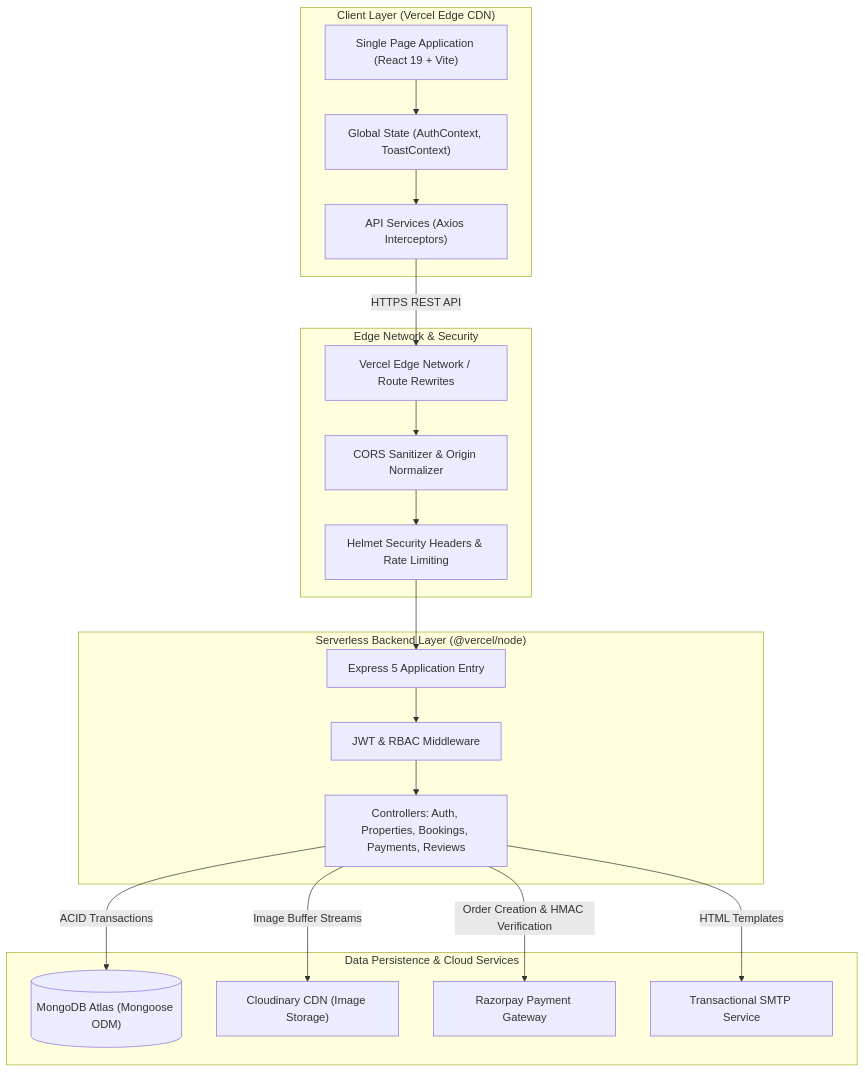
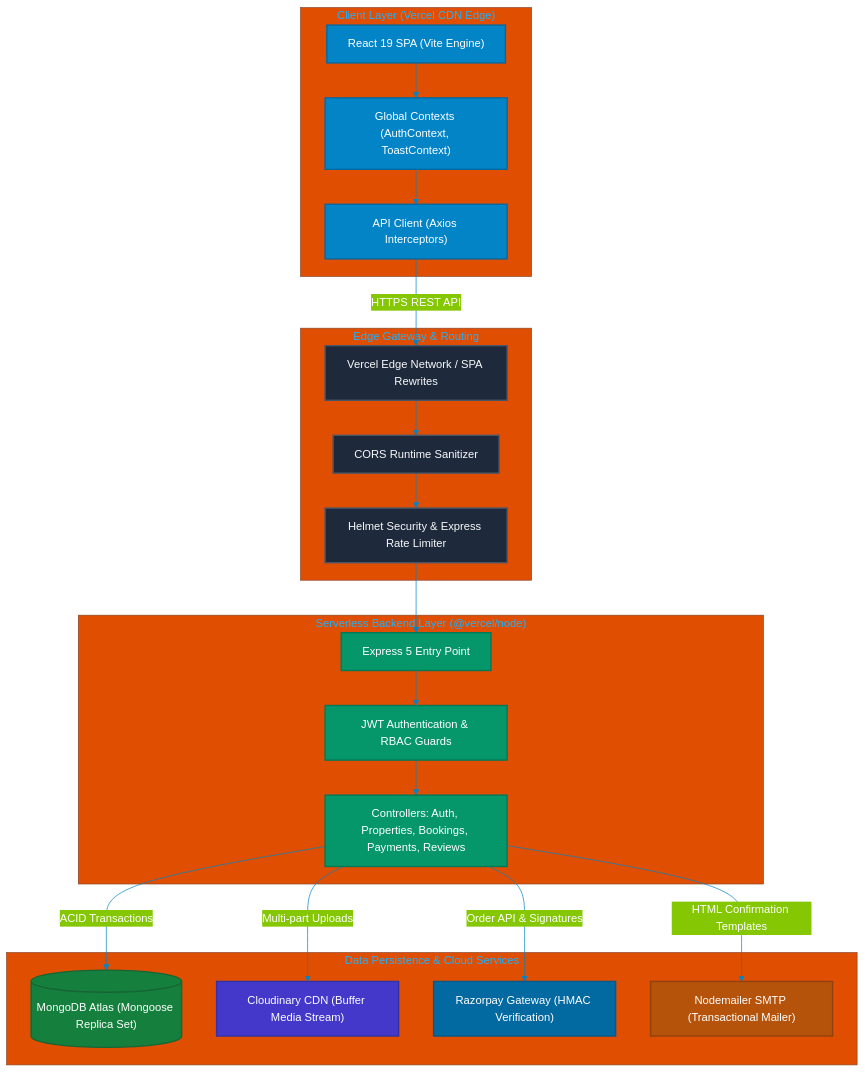
The first of 6 diagrams in README.md (m4nish-dev/homely), drawn with Mermaid before and after one commit. The commit also changed other lines of this file, not shown here.

Commit message:
docs: center-align header, add custom vibrant colors to Mermaid diagrams, and remove AI emojis

````diff
--- a/README.md
+++ b/README.md
@@ -49,38 +63,47 @@
 ```mermaid
+%%{init: {'theme': 'base', 'themeVariables': {'primaryColor': '#0284c7', 'primaryTextColor': '#ffffff', 'primaryBorderColor': '#0369a1', 'lineColor': '#0284c7'}}}%%
 flowchart TB
-    subgraph ClientLayer ["Client Layer (Vercel Edge CDN)"]
-        A["Single Page Application (React 19 + Vite)"]
-        B["Global State (AuthContext, ToastContext)"]
-        C["API Services (Axios Interceptors)"]
-        A --> B
-        B --> C
+    classDef clientNode fill:#0284c7,stroke:#0369a1,stroke-width:2px,color:#ffffff;
+    classDef edgeNode fill:#1e293b,stroke:#475569,stroke-width:2px,color:#f8fafc;
+    classDef serverNode fill:#059669,stroke:#047857,stroke-width:2px,color:#ffffff;
+    classDef dbNode fill:#15803d,stroke:#166534,stroke-width:2px,color:#ffffff;
+    classDef cloudNode fill:#4338ca,stroke:#3730a3,stroke-width:2px,color:#ffffff;
+    classDef payNode fill:#0369a1,stroke:#075985,stroke-width:2px,color:#ffffff;
+    classDef mailNode fill:#b45309,stroke:#92400e,stroke-width:2px,color:#ffffff;
+
+    subgraph ClientLayer ["Client Layer (Vercel CDN Edge)"]
+        SPA["React 19 SPA (Vite Engine)"]:::clientNode
+        State["Global Contexts (AuthContext, ToastContext)"]:::clientNode
+        Services["API Client (Axios Interceptors)"]:::clientNode
+        SPA --> State
+        State --> Services
     end
 
-    subgraph Gateway ["Edge Network & Security"]
-        DNS["Vercel Edge Network / Route Rewrites"]
-        CORS["CORS Sanitizer & Origin Normalizer"]
-        Helmet["Helmet Security Headers & Rate Limiting"]
-        DNS --> CORS --> Helmet
+    subgraph GatewayLayer ["Edge Gateway & Routing"]
+        Edge["Vercel Edge Network / SPA Rewrites"]:::edgeNode
+        Sanitizer["CORS Runtime Sanitizer"]:::edgeNode
+        Security["Helmet Security & Express Rate Limiter"]:::edgeNode
+        Edge --> Sanitizer --> Security
     end
 
     subgraph ServerLayer ["Serverless Backend Layer (@vercel/node)"]
-        API["Express 5 Application Entry"]
-        AuthMid["JWT & RBAC Middleware"]
-        Controllers["Controllers: Auth, Properties, Bookings, Payments, Reviews"]
-        API --> AuthMid --> Controllers
+        App["Express 5 Entry Point"]:::serverNode
+        Middlewares["JWT Authentication & RBAC Guards"]:::serverNode
+        Controllers["Controllers: Auth, Properties, Bookings, Payments, Reviews"]:::serverNode
+        App --> Middlewares --> Controllers
     end
 
-    subgraph DataAndCloud ["Data Persistence & Cloud Services"]
-        DB[("MongoDB Atlas (Mongoose ODM)")]
-        Cloudinary["Cloudinary CDN (Image Storage)"]
-        Razorpay["Razorpay Payment Gateway"]
-        SMTP["Transactional SMTP Service"]
+    subgraph InfrastructureLayer ["Data Persistence & Cloud Services"]
+        Atlas[("MongoDB Atlas (Mongoose Replica Set)")]:::dbNode
+        Cloudinary["Cloudinary CDN (Buffer Media Stream)"]:::cloudNode
+        Razorpay["Razorpay Gateway (HMAC Verification)"]:::payNode
+        SMTP["Nodemailer SMTP (Transactional Mailer)"]:::mailNode
     end
 
-    C -->|"HTTPS REST API"| DNS
-    Helmet --> API
-    Controllers -->|"ACID Transactions"| DB
-    Controllers -->|"Image Buffer Streams"| Cloudinary
-    Controllers -->|"Order Creation & HMAC Verification"| Razorpay
-    Controllers -->|"HTML Templates"| SMTP
+    Services -->|"HTTPS REST API"| Edge
+    Security --> App
+    Controllers -->|"ACID Transactions"| Atlas
+    Controllers -->|"Multi-part Uploads"| Cloudinary
+    Controllers -->|"Order API & Signatures"| Razorpay
+    Controllers -->|"HTML Confirmation Templates"| SMTP
 ```
````
